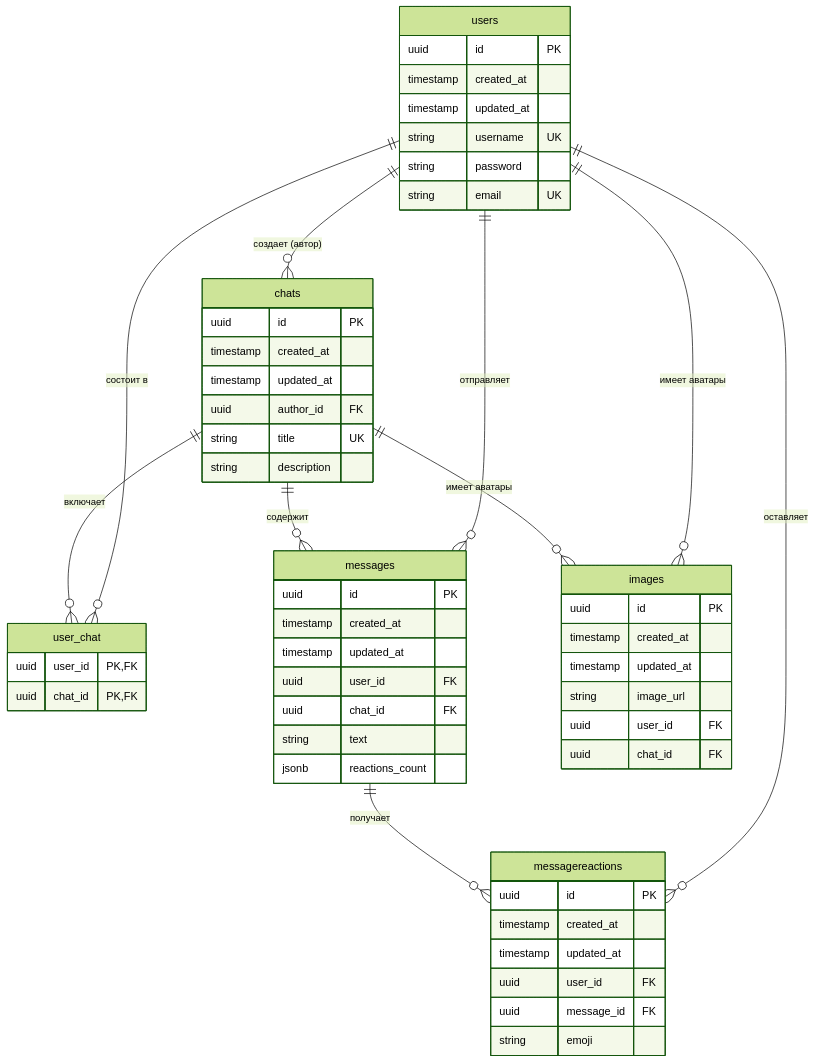
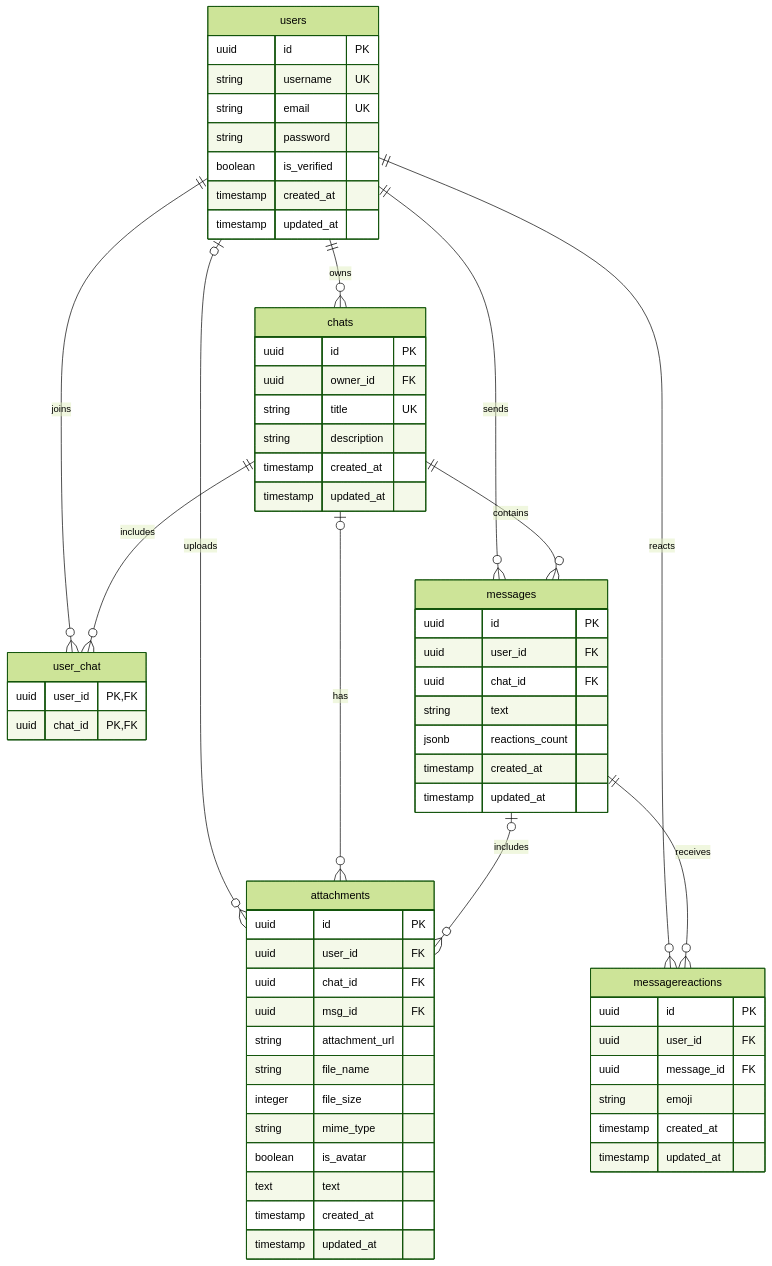
Before and after one commit to Chernov2312/Spark: the diagram in Readme.md, drawn with Mermaid (forest theme). The commit also changed other lines of this file and 27 other files, not shown here.

Commit message:
fix: media, fix image_upload system, fix attachments, add new fields for test

````diff
--- a/Readme.md
+++ b/Readme.md
@@ -33,67 +102,71 @@
 ```mermaid
 erDiagram
     users {
         uuid id PK
+        string username UK
+        string email UK
+        string password
+        boolean is_verified
         timestamp created_at
         timestamp updated_at
-        string username UK
-        string password
-        string email UK
     }
 
     chats {
         uuid id PK
+        uuid owner_id FK
+        string title UK
+        string description
         timestamp created_at
         timestamp updated_at
-        uuid author_id FK
-        string title UK
-        string description
     }
 
     user_chat {
         uuid user_id PK, FK
         uuid chat_id PK, FK
     }
 
     messages {
         uuid id PK
-        timestamp created_at
-        timestamp updated_at
         uuid user_id FK
         uuid chat_id FK
         string text
         jsonb reactions_count
+        timestamp created_at
+        timestamp updated_at
     }
 
     messagereactions {
         uuid id PK
-        timestamp created_at
-        timestamp updated_at
         uuid user_id FK
         uuid message_id FK
         string emoji
+        timestamp created_at
+        timestamp updated_at
     }
 
-    images {
+    attachments {
         uuid id PK
+        uuid user_id FK
+        uuid chat_id FK
+        uuid msg_id FK
+        string attachment_url
+        string file_name
+        integer file_size
+        string mime_type
+        boolean is_avatar
+        text text
         timestamp created_at
         timestamp updated_at
-        string image_url
-        uuid user_id FK
-        uuid chat_id FK
     }
 
-    %% Отношения и связи между таблицами
-    users ||--o{ chats : "создает (автор)"
-    users ||--o{ user_chat : "состоит в"
-    chats ||--o{ user_chat : "включает"
-    
-    users ||--o{ messages : "отправляет"
-    chats ||--o{ messages : "содержит"
-    
-    users ||--o{ messagereactions : "оставляет"
-    messages ||--o{ messagereactions : "получает"
-    
-    users ||--o{ images : "имеет аватары"
-    chats ||--o{ images : "имеет аватары"
+    users ||--o{ chats : owns
+    users ||--o{ user_chat : joins
+    chats ||--o{ user_chat : includes
+    users ||--o{ messages : sends
+    chats ||--o{ messages : contains
+    users ||--o{ messagereactions : reacts
+    messages ||--o{ messagereactions : receives
+    users o|--o{ attachments : uploads
+    chats o|--o{ attachments : has
+    messages o|--o{ attachments : includes
 ```
````
